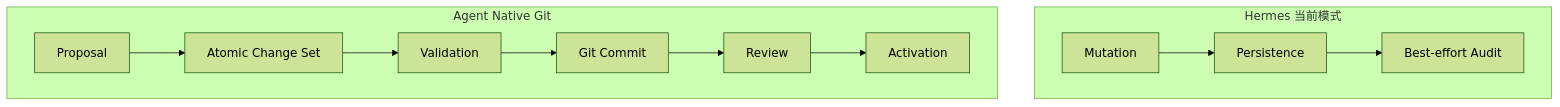
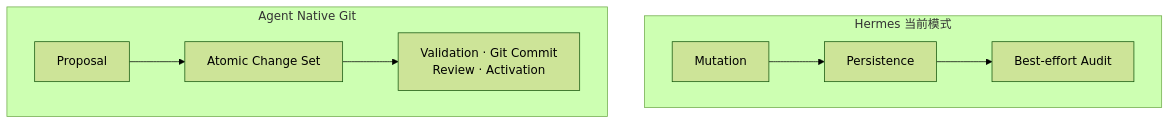
Before and after one commit to YinsenWANG/YinsenWANG.github.io: the sixth of 7 diagrams in src/content/posts/agent-native-git.md, drawn with Mermaid (forest theme). The commit also changed other lines of this file and 2 other files, not shown here.

Commit message:
Refine Mermaid diagram layouts

````diff
--- a/src/content/posts/agent-native-git.md
+++ b/src/content/posts/agent-native-git.md
@@ -870,10 +865,11 @@
 ```mermaid
+%% size:standard %%
 flowchart TB
   subgraph H[Hermes 当前模式]
     H1[Mutation] --> H2[Persistence] --> H3[Best-effort Audit]
   end
   subgraph G[Agent Native Git]
-    G1[Proposal] --> G2[Atomic Change Set] --> G3[Validation]
-    G3 --> G4[Git Commit] --> G5[Review] --> G6[Activation]
+    G1[Proposal] --> G2[Atomic Change Set]
+    G2 --> G3["Validation · Git Commit<br/>Review · Activation"]
   end
 ```
````
